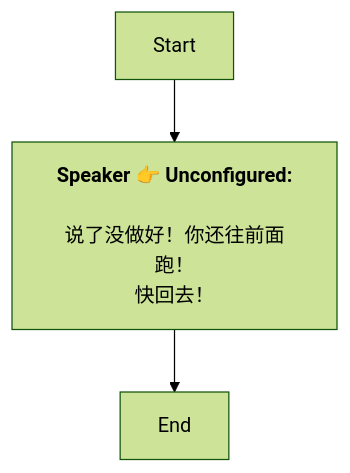
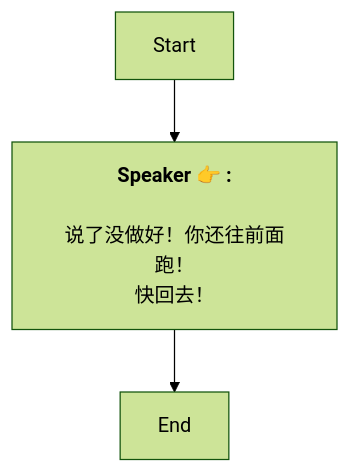
One commit to SoftHu/tos_avg changed the diagram in Zh/DemoTips_2.md. Above: the diagram before and after it, drawn with Mermaid (forest theme). The commit also changed 737 other files, not shown here.

````diff
--- a/Zh/DemoTips_2.md
+++ b/Zh/DemoTips_2.md
@@ -1,9 +1,8 @@
 ```mermaid
 graph
-Start -->1731547181019230[<b>Speaker 👉 Unconfigured:</b>
-
-说了没做好！你还往前面跑！
+Start -->1731547181019230[<b>Speaker 👉 :</b>
+\n说了没做好！你还往前面跑！
 快回去！]
 1731547181019230 -->1731547181019231[End]
 
- ```
+```
````
